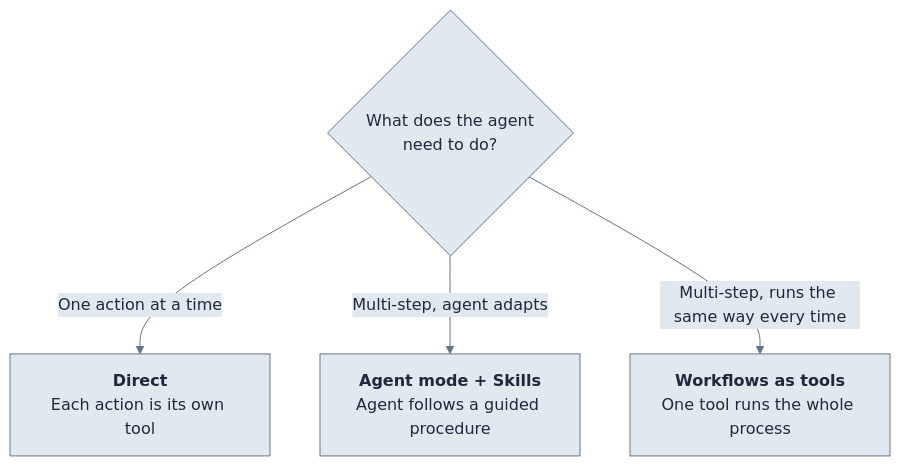
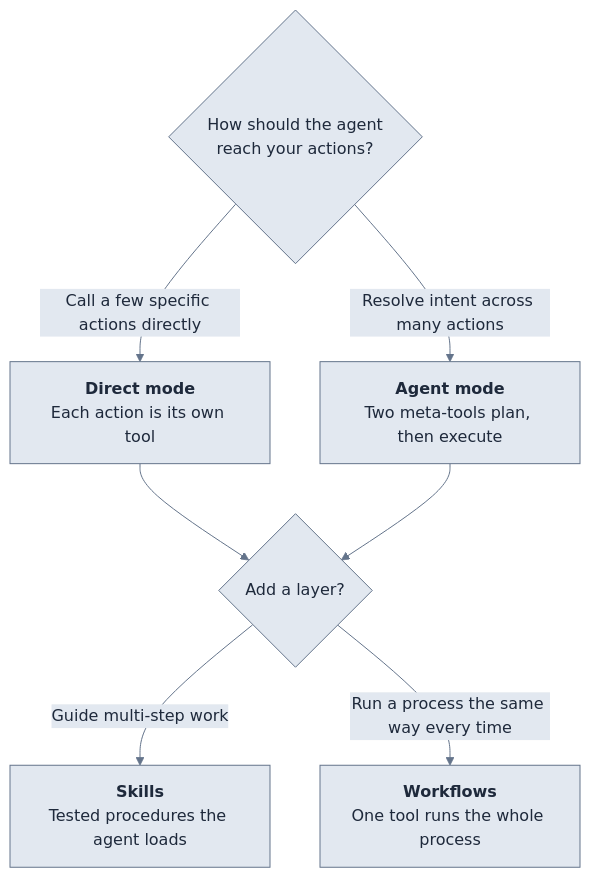
Before and after one commit to gocobalt/mintlify-docs: the diagram in v3/mcp/get-started/choose-your-pattern.mdx, drawn with Mermaid. The commit also changed other lines of this file and 12 other files, not shown here.

````diff
--- a/v3/mcp/get-started/choose-your-pattern.mdx
+++ b/v3/mcp/get-started/choose-your-pattern.mdx
@@ -14,8 +14,11 @@
 ```mermaid
 %%{init: {'theme':'base','themeVariables':{'primaryColor':'#E2E8F0','primaryTextColor':'#1E293B','primaryBorderColor':'#64748B','lineColor':'#64748B','secondaryColor':'#E2E8F0','tertiaryColor':'#F1F5F9','tertiaryTextColor':'#1E293B'}}}%%
 flowchart TD
-    Q{"What does the agent<br/>need to do?"}
-    Q -->|One action at a time| D["<b>Direct</b><br/>Each action is its own tool"]
-    Q -->|Multi-step, agent adapts| S["<b>Agent mode + Skills</b><br/>Agent follows a guided procedure"]
-    Q -->|Multi-step, runs the same way every time| W["<b>Workflows as tools</b><br/>One tool runs the whole process"]
+    M{"How should the agent<br/>reach your actions?"}
+    M -->|Call a few specific actions directly| D["<b>Direct mode</b><br/>Each action is its own tool"]
+    M -->|Resolve intent across many actions| A["<b>Agent mode</b><br/>Two meta-tools plan, then execute"]
+    D --> L{"Add a layer?"}
+    A --> L
+    L -->|Guide multi-step work| SK["<b>Skills</b><br/>Tested procedures the agent loads"]
+    L -->|Run a process the same way every time| WF["<b>Workflows</b><br/>One tool runs the whole process"]
 ```
````
